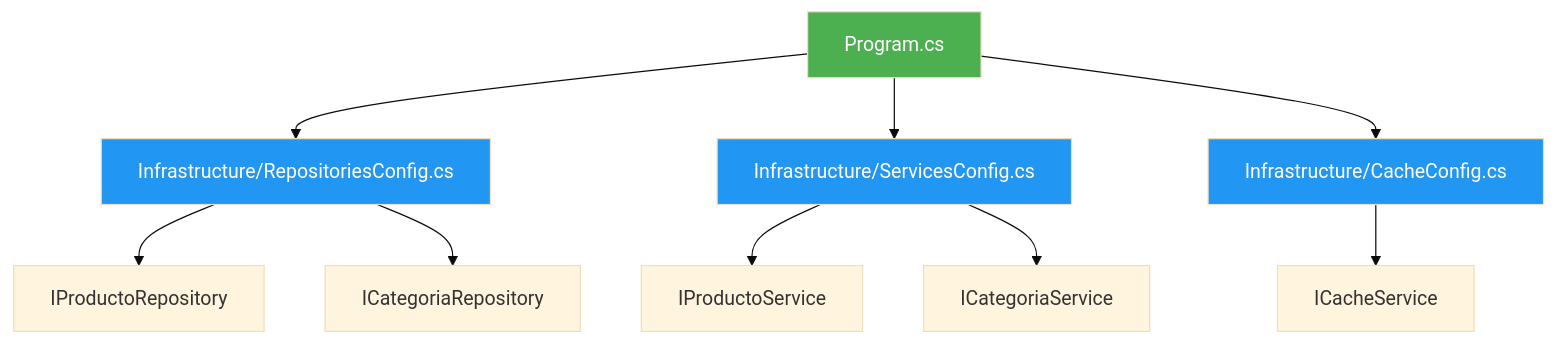
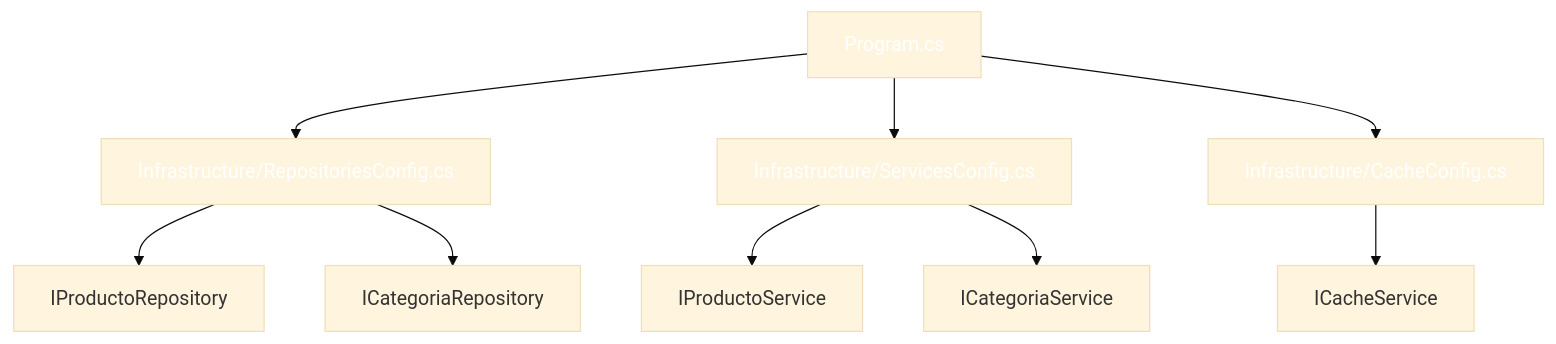
The fifth of 5 diagrams in 06-inyeccion-dependencias.md (joseluisgs/DesarrolloWebEntornosServidor-02-2026-2027), drawn with Mermaid (base theme) before and after one commit. The commit also changed other lines of this file and 41 other files, not shown here.

````diff
--- a/06-inyeccion-dependencias.md
+++ b/06-inyeccion-dependencias.md
@@ -828,16 +828,16 @@
 ```mermaid
 flowchart TD
     Program["Program.cs"] --> Config1["Infrastructure/RepositoriesConfig.cs"]
     Program --> Config2["Infrastructure/ServicesConfig.cs"]
     Program --> Config3["Infrastructure/CacheConfig.cs"]
     Config1 --> R1["IProductoRepository"]
     Config1 --> R2["ICategoriaRepository"]
     Config2 --> S1["IProductoService"]
     Config2 --> S2["ICategoriaService"]
     Config3 --> C1["ICacheService"]
 
-    style Program fill:#4CAF50,color:#fff
-    style Config1 fill:#2196F3,color:#fff
-    style Config2 fill:#2196F3,color:#fff
-    style Config3 fill:#2196F3,color:#fff
+    style Program fill:#4CAF5,color:#fff0,color:#fff
+    style Config1 fill:#2196F,color:#fff3,color:#fff
+    style Config2 fill:#2196F,color:#fff3,color:#fff
+    style Config3 fill:#2196F,color:#fff3,color:#fff
 ```
````
